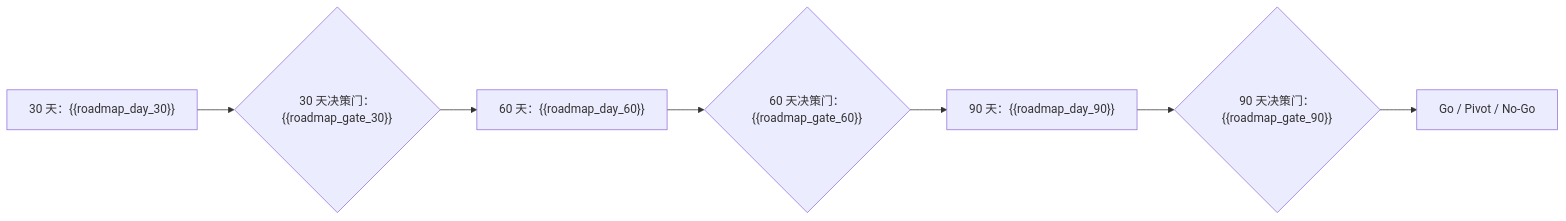
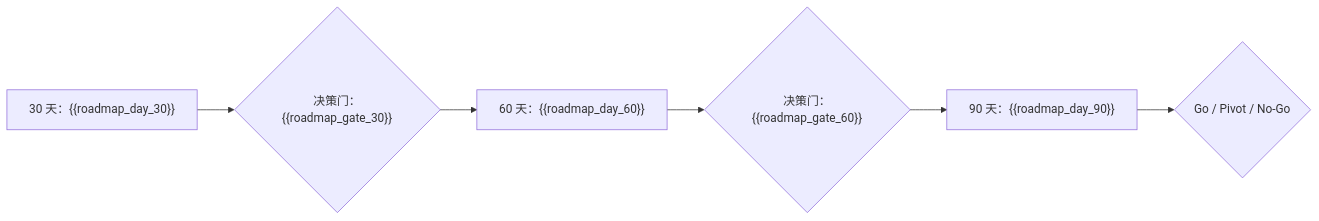
The third of 3 diagrams in templates/board-memo.md (hehaivictor/superboard), drawn with Mermaid before and after one commit. The commit also changed other lines of this file and 17 other files, not shown here.

````diff
--- a/templates/board-memo.md
+++ b/templates/board-memo.md
@@ -166,9 +109,8 @@
 ```mermaid
 flowchart LR
-  A["30 天：{{roadmap_day_30}}"] --> B{"30 天决策门：{{roadmap_gate_30}}"}
+  A["30 天：{{roadmap_day_30}}"] --> B{"决策门：{{roadmap_gate_30}}"}
   B --> C["60 天：{{roadmap_day_60}}"]
-  C --> D{"60 天决策门：{{roadmap_gate_60}}"}
+  C --> D{"决策门：{{roadmap_gate_60}}"}
   D --> E["90 天：{{roadmap_day_90}}"]
-  E --> F{"90 天决策门：{{roadmap_gate_90}}"}
-  F --> G["Go / Pivot / No-Go"]
+  E --> F{"Go / Pivot / No-Go"}
 ```
````
